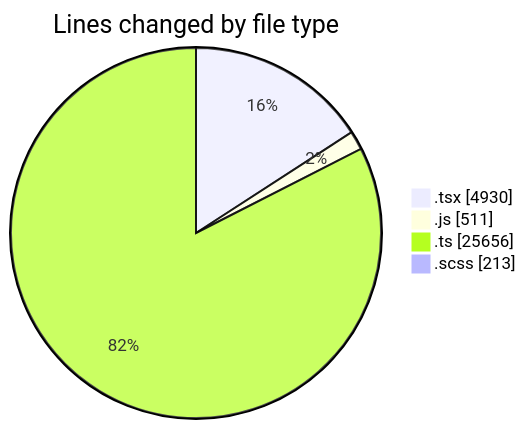
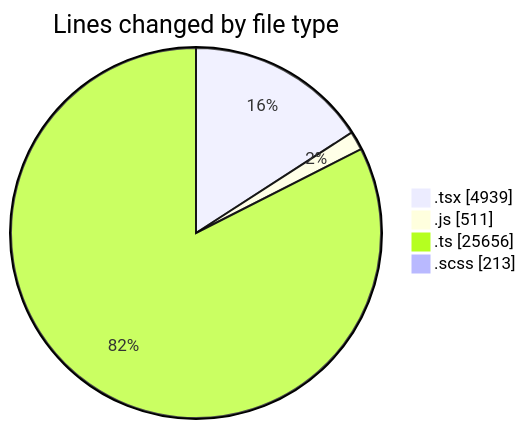
One commit to momahboobian/code-tracking changed the first of 2 diagrams in 2025-06-30/cda/README.md. Above: the diagram before and after it, drawn with Mermaid. The commit also changed other lines of this file and 1 other file, not shown here.

````diff
--- a/2025-06-30/cda/README.md
+++ b/2025-06-30/cda/README.md
@@ -43,8 +43,8 @@
 ```mermaid
 pie showData
 title Lines changed by file type
-".tsx" : 4930
+".tsx" : 4939
 ".js" : 511
 ".ts" : 25656
 ".scss" : 213
 ```
````
